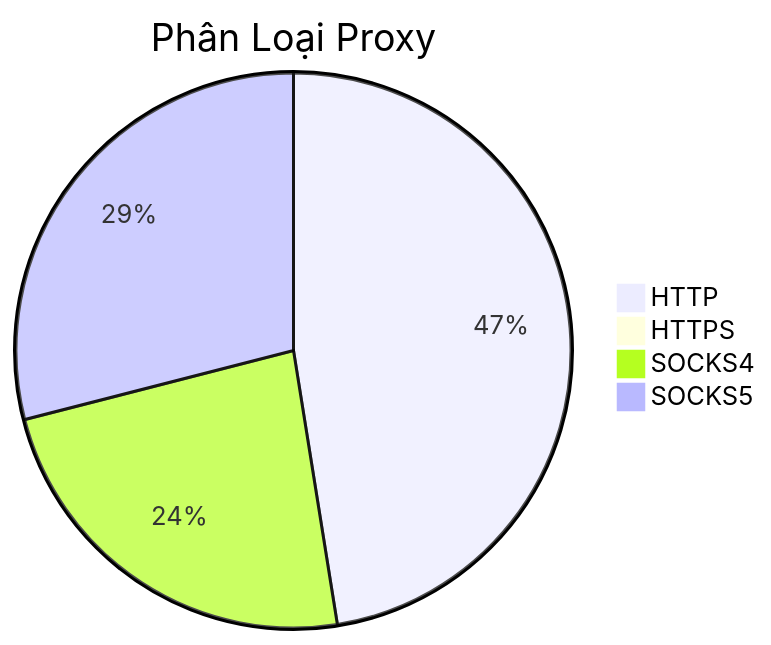
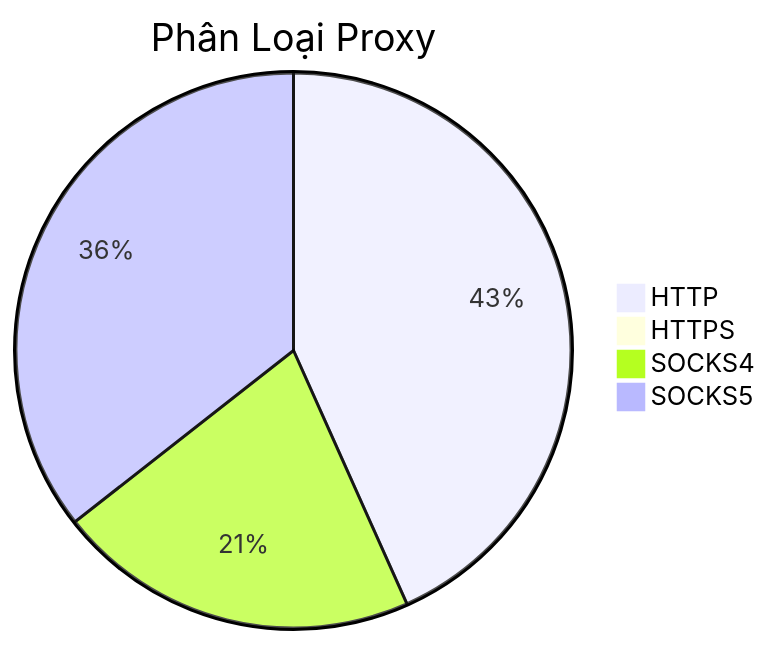
One commit to Ciara-12/PROXY-free changed the diagram in README.md. Above: the diagram before and after it, drawn with Mermaid. The commit also changed other lines of this file and 3 other files, not shown here.

````diff
--- a/README.md
+++ b/README.md
@@ -26,7 +26,7 @@
 ```mermaid
 pie title Phân Loại Proxy
-    "HTTP" : 676
+    "HTTP" : 488
     "HTTPS" : 0
-    "SOCKS4" : 335
-    "SOCKS5" : 413
+    "SOCKS4" : 238
+    "SOCKS5" : 401
 ```
````
